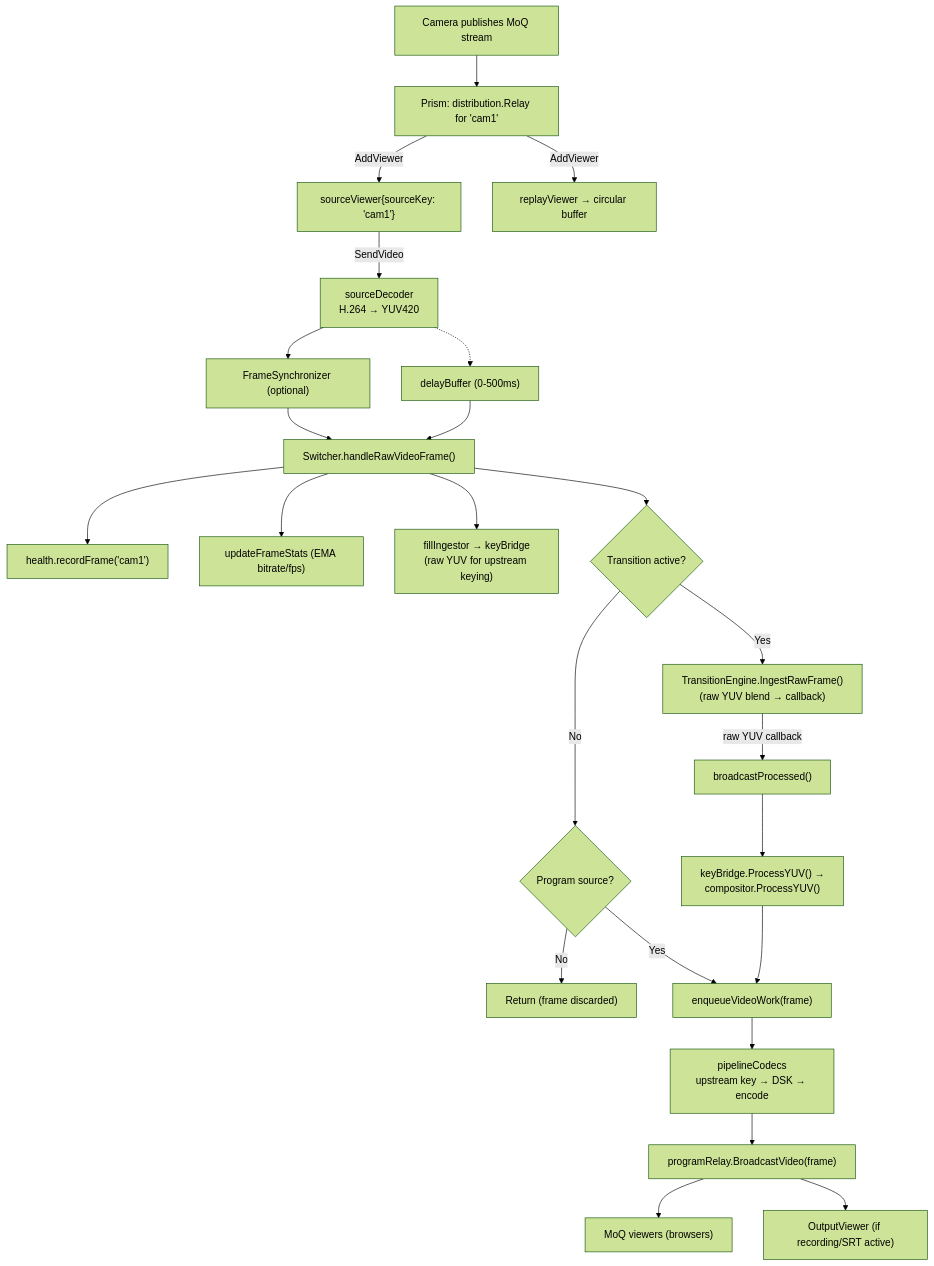
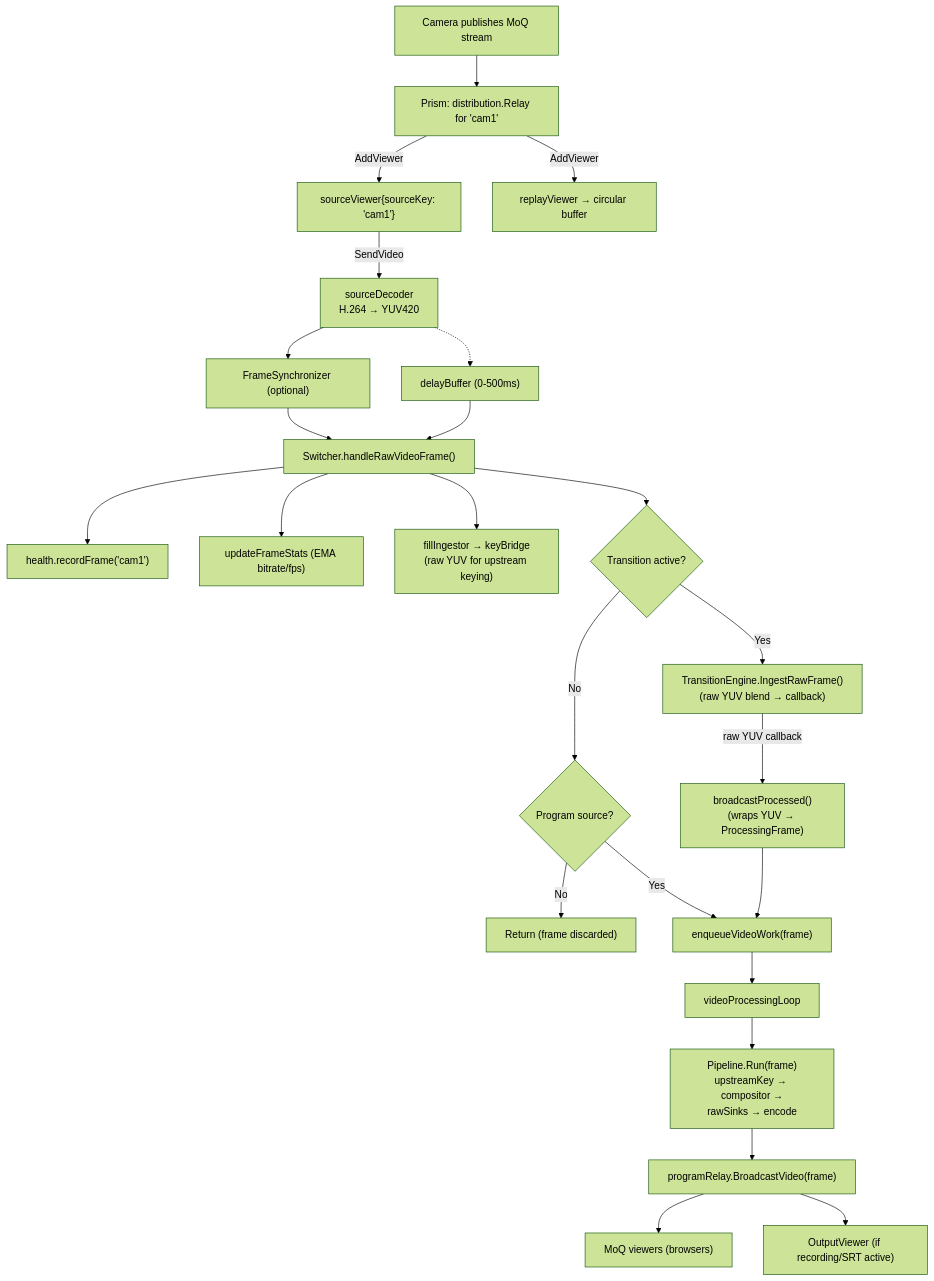
Diagram 19 of 23 in docs/architecture.md (zsiec/switchframe), drawn with Mermaid (forest theme) before and after one commit. The commit also changed other lines of this file, not shown here.

First line of the commit message:
docs(architecture): update diagrams and text for Pipeline.Run() node chain

````diff
--- a/docs/architecture.md
+++ b/docs/architecture.md
@@ -1162,30 +1195,30 @@
 ```mermaid
 flowchart TD
     pub["Camera publishes MoQ stream"] --> relay["Prism: distribution.Relay for 'cam1'"]
     relay -->|AddViewer| sv["sourceViewer{sourceKey: 'cam1'}"]
     relay -->|AddViewer| rv["replayViewer → circular buffer"]
     sv -->|SendVideo| sd["sourceDecoder<br/>H.264 → YUV420"]
     sd --> fs["FrameSynchronizer (optional)"]
     sd -.-> delay["delayBuffer (0-500ms)"]
     fs --> hvf["Switcher.handleRawVideoFrame()"]
     delay --> hvf
 
     hvf --> health["health.recordFrame('cam1')"]
     hvf --> stats["updateFrameStats (EMA bitrate/fps)"]
     hvf --> fill["fillIngestor → keyBridge<br/>(raw YUV for upstream keying)"]
 
     hvf --> trans{"Transition active?"}
     trans -->|Yes| te["TransitionEngine.IngestRawFrame()<br/>(raw YUV blend → callback)"]
     trans -->|No| pgm{"Program source?"}
     pgm -->|No| discard["Return (frame discarded)"]
     pgm -->|Yes| bv["enqueueVideoWork(frame)"]
 
-    te -->|"raw YUV callback"| proc["broadcastProcessed()"]
-    proc --> keycomp["keyBridge.ProcessYUV() →<br/>compositor.ProcessYUV()"]
-    keycomp --> bv
+    te -->|"raw YUV callback"| proc["broadcastProcessed()<br/>(wraps YUV → ProcessingFrame)"]
+    proc --> bv
 
-    bv --> pipeline["pipelineCodecs<br/>upstream key → DSK → encode"]
-    pipeline --> broadcast["programRelay.BroadcastVideo(frame)"]
+    bv --> vpl["videoProcessingLoop"]
+    vpl --> prun["Pipeline.Run(frame)<br/>upstreamKey → compositor →<br/>rawSinks → encode"]
+    prun --> broadcast["programRelay.BroadcastVideo(frame)"]
     broadcast --> browsers["MoQ viewers (browsers)"]
     broadcast --> output["OutputViewer (if recording/SRT active)"]
 ```
````
